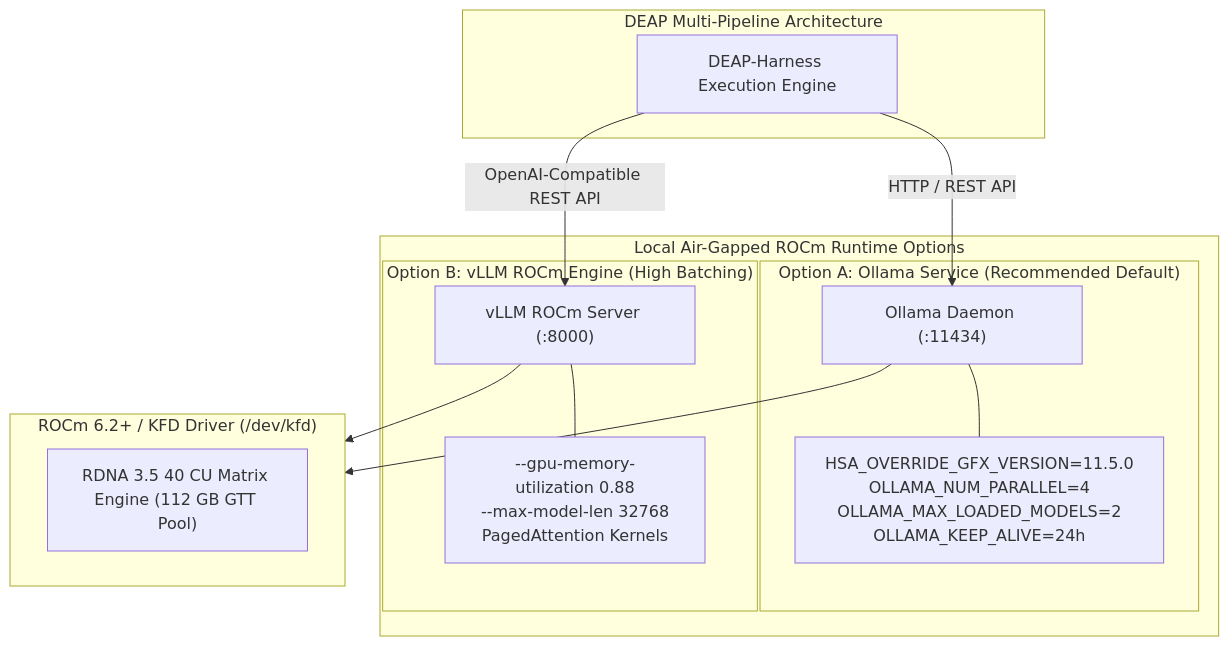
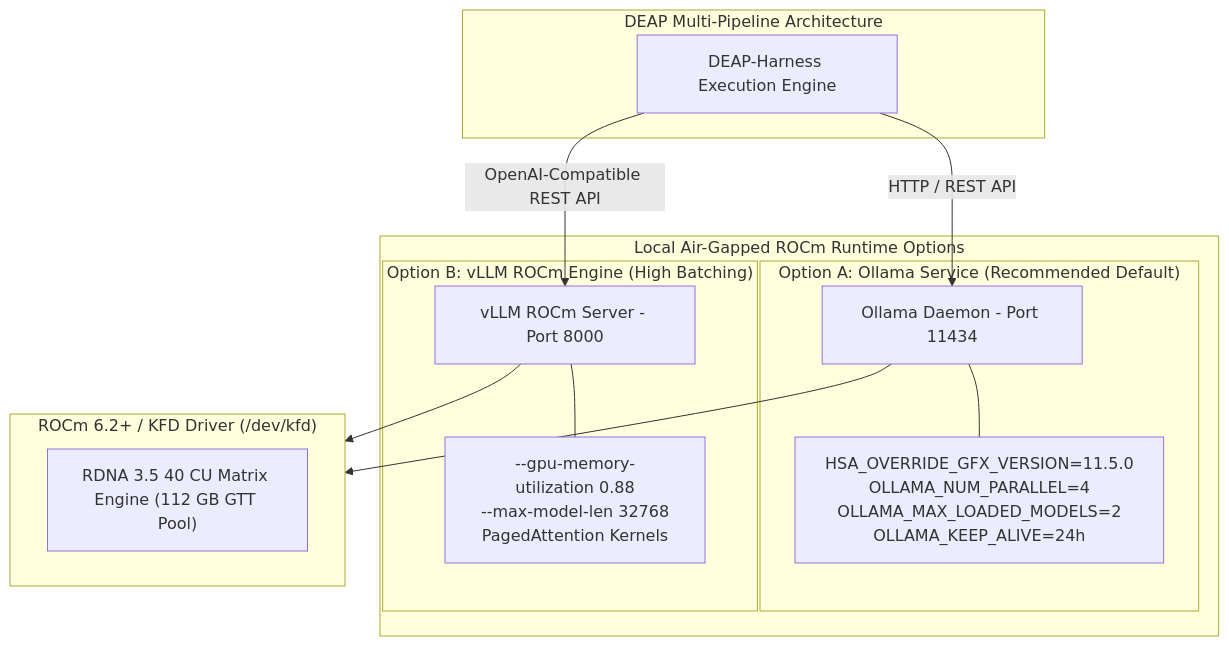
Before and after one commit to gintatkinson/DEAP-spec-core: the third of 5 diagrams in docs/architecture/blueprints/DEAP_LOCAL_AIRGAPPED_DEEPSEEK_WORKSTATION_BLUEPRINT.md, drawn with Mermaid. The commit also changed other lines of this file and 28 other files, not shown here.

Commit message:
feat(compiler): dynamic schema provenance, safety set-equality, profile-driven tech filtering, non-destructive reverse-sync, and Check 19 AST cleanliness (#52, #54, #56, #57, #58, #59, #60, #62, #63, #64)

````diff
--- a/docs/architecture/blueprints/DEAP_LOCAL_AIRGAPPED_DEEPSEEK_WORKSTATION_BLUEPRINT.md
+++ b/docs/architecture/blueprints/DEAP_LOCAL_AIRGAPPED_DEEPSEEK_WORKSTATION_BLUEPRINT.md
@@ -177,29 +177,29 @@
 ```mermaid
 flowchart TD
     subgraph UserSpace["DEAP Multi-Pipeline Architecture"]
         Harness["DEAP-Harness Execution Engine"]
     end
 
     subgraph InferenceOptions["Local Air-Gapped ROCm Runtime Options"]
         subgraph OptionA["Option A: Ollama Service (Recommended Default)"]
-            OllamaDaemon["Ollama Daemon (:11434)"]
+            OllamaDaemon["Ollama Daemon - Port 11434"]
             EnvOverride["HSA_OVERRIDE_GFX_VERSION=11.5.0\nOLLAMA_NUM_PARALLEL=4\nOLLAMA_MAX_LOADED_MODELS=2\nOLLAMA_KEEP_ALIVE=24h"]
             OllamaDaemon --- EnvOverride
         end
 
         subgraph OptionB["Option B: vLLM ROCm Engine (High Batching)"]
-            vLLMDaemon["vLLM ROCm Server (:8000)"]
+            vLLMDaemon["vLLM ROCm Server - Port 8000"]
             vLLMFlags["--gpu-memory-utilization 0.88\n--max-model-len 32768\nPagedAttention Kernels"]
             vLLMDaemon --- vLLMFlags
         end
     end
 
     subgraph DriverLayer["ROCm 6.2+ / KFD Driver (/dev/kfd)"]
         RDNAEngine["RDNA 3.5 40 CU Matrix Engine (112 GB GTT Pool)"]
     end
 
     Harness -->|"HTTP / REST API"| OllamaDaemon
     Harness -->|"OpenAI-Compatible REST API"| vLLMDaemon
     OllamaDaemon --> DriverLayer
     vLLMDaemon --> DriverLayer
 ```
````
